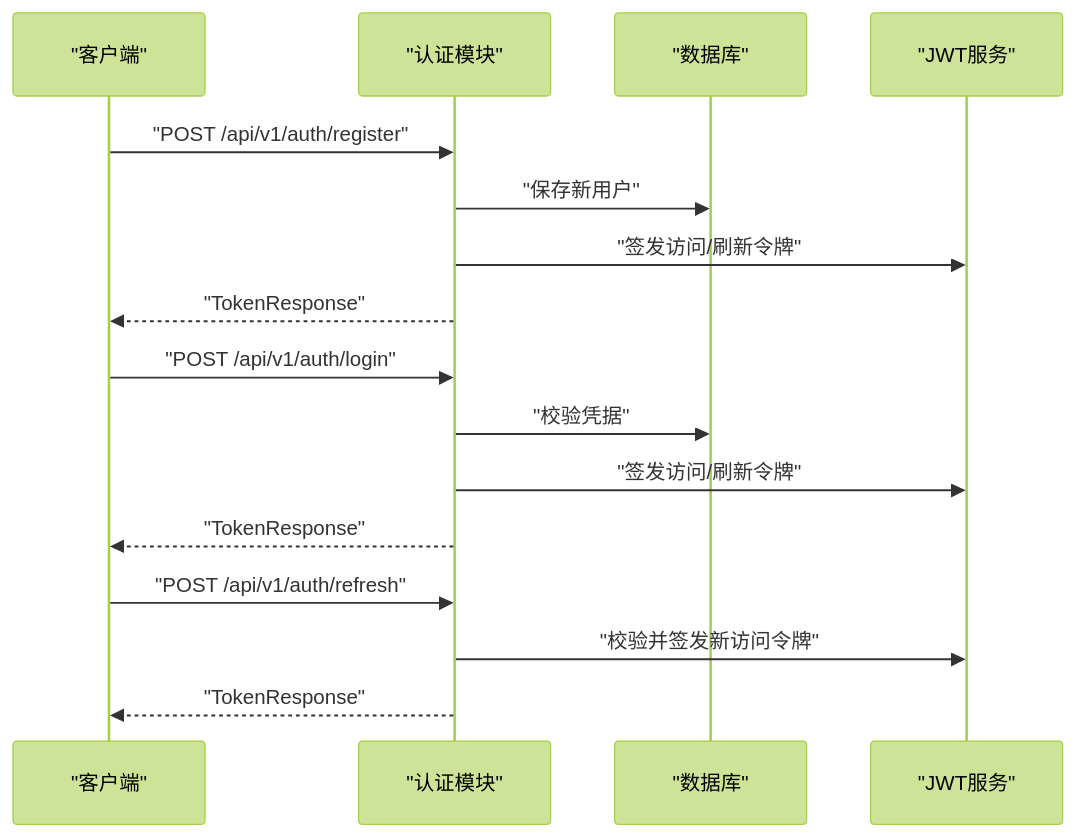
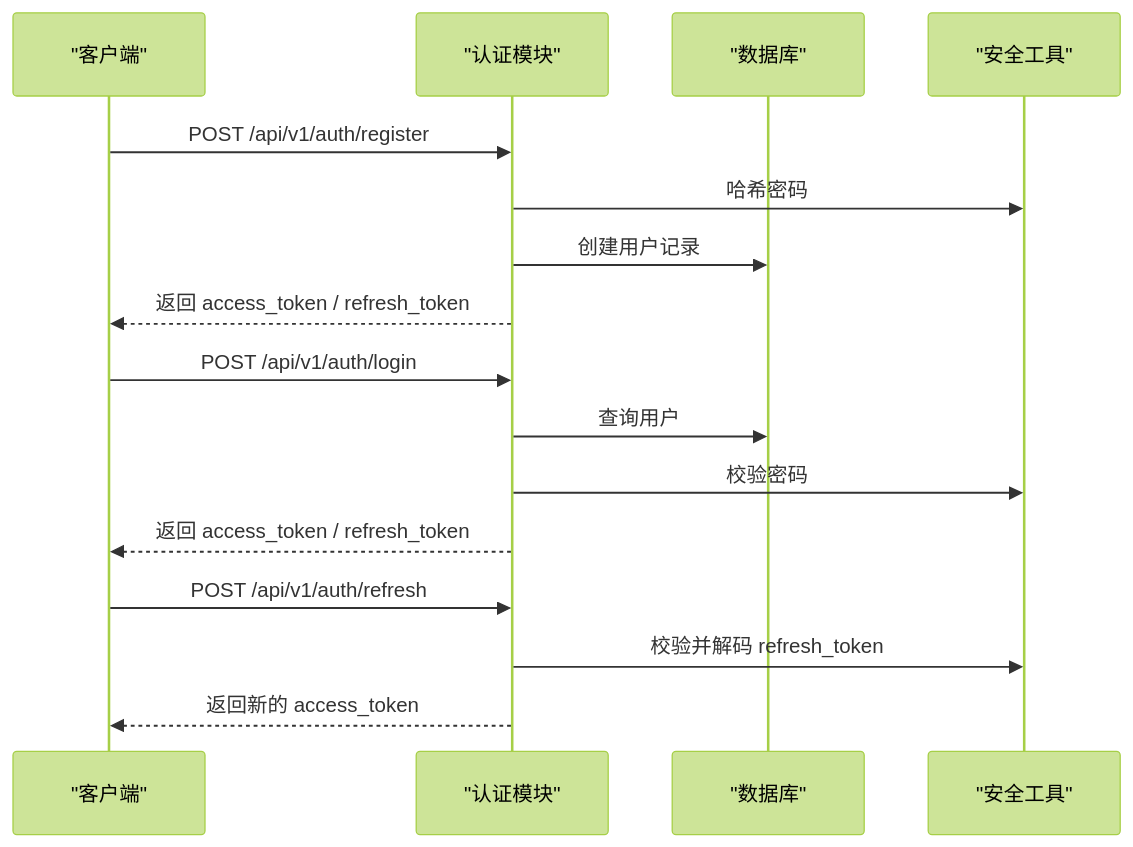
The third of 7 diagrams in .qoder/repowiki/zh/content/后端API文档/后端API文档.md (selectzhangyuan/AI-photo-coach), drawn with Mermaid (forest theme) before and after one commit. The commit also changed other lines of this file and 128 other files, not shown here.

````diff
--- a/.qoder/repowiki/zh/content/后端API文档/后端API文档.md
+++ b/.qoder/repowiki/zh/content/后端API文档/后端API文档.md
@@ -151,18 +178,18 @@
 ```mermaid
 sequenceDiagram
 participant Client as "客户端"
 participant Auth as "认证模块"
 participant DB as "数据库"
-participant JWT as "JWT服务"
-Client->>Auth : "POST /api/v1/auth/register"
-Auth->>DB : "保存新用户"
-Auth->>JWT : "签发访问/刷新令牌"
-Auth-->>Client : "TokenResponse"
-Client->>Auth : "POST /api/v1/auth/login"
-Auth->>DB : "校验凭据"
-Auth->>JWT : "签发访问/刷新令牌"
-Auth-->>Client : "TokenResponse"
-Client->>Auth : "POST /api/v1/auth/refresh"
-Auth->>JWT : "校验并签发新访问令牌"
-Auth-->>Client : "TokenResponse"
+participant Sec as "安全工具"
+Client->>Auth : POST /api/v1/auth/register
+Auth->>Sec : 哈希密码
+Auth->>DB : 创建用户记录
+Auth-->>Client : 返回 access_token / refresh_token
+Client->>Auth : POST /api/v1/auth/login
+Auth->>DB : 查询用户
+Auth->>Sec : 校验密码
+Auth-->>Client : 返回 access_token / refresh_token
+Client->>Auth : POST /api/v1/auth/refresh
+Auth->>Sec : 校验并解码 refresh_token
+Auth-->>Client : 返回新的 access_token
 ```
````
